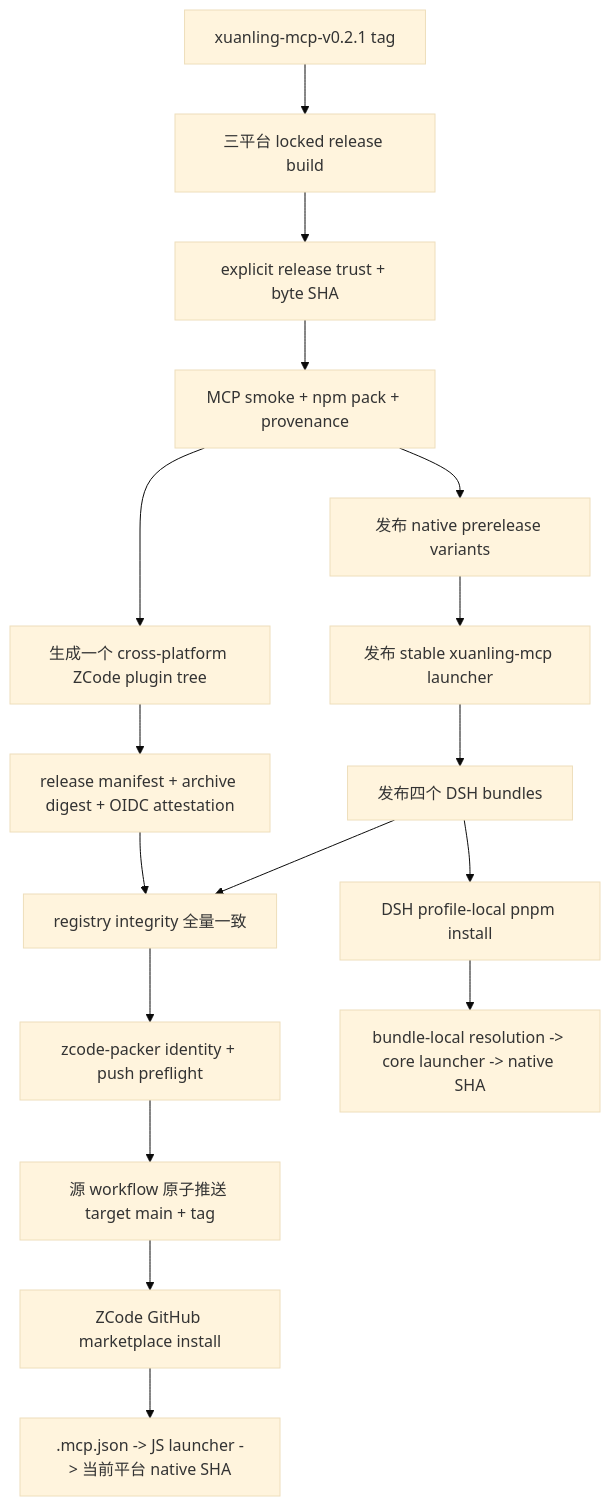
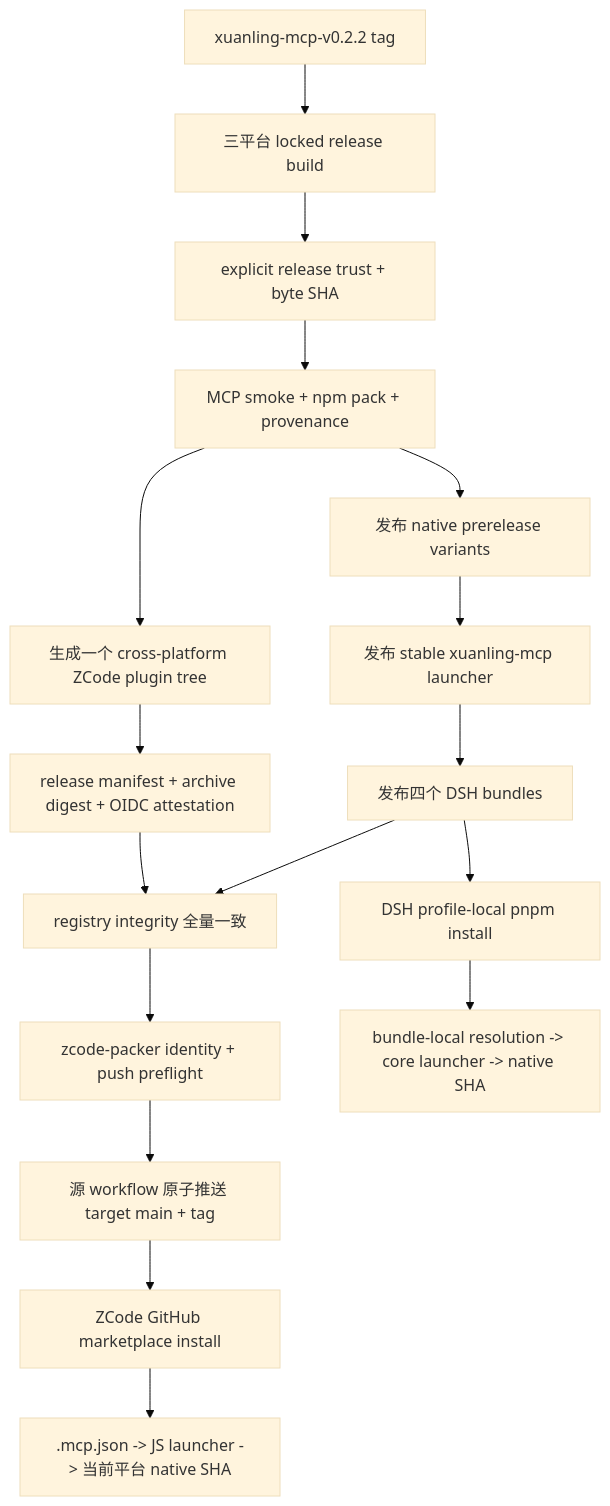
Before and after one commit to umbrella22/xuanling: the second of 2 diagrams in docs/plans/host-local-integration-distribution-development-plan.md, drawn with Mermaid (base theme). The commit also changed other lines of this file and 34 other files, not shown here.

````diff
--- a/docs/plans/host-local-integration-distribution-development-plan.md
+++ b/docs/plans/host-local-integration-distribution-development-plan.md
@@ -266,22 +268,22 @@
 ```mermaid
 flowchart TD
-    A["xuanling-mcp-v0.2.1 tag"] --> B["三平台 locked release build"]
+    A["xuanling-mcp-v0.2.2 tag"] --> B["三平台 locked release build"]
     B --> C["explicit release trust + byte SHA"]
     C --> D["MCP smoke + npm pack + provenance"]
     D --> E["发布 native prerelease variants"]
     E --> F["发布 stable xuanling-mcp launcher"]
     F --> G["发布四个 DSH bundles"]
 
     D --> H["生成一个 cross-platform ZCode plugin tree"]
     H --> I["release manifest + archive digest + OIDC attestation"]
     G --> J["registry integrity 全量一致"]
     I --> J
     J --> K["zcode-packer identity + push preflight"]
     K --> L["源 workflow 原子推送 target main + tag"]
 
     G --> M["DSH profile-local pnpm install"]
     M --> N["bundle-local resolution -> core launcher -> native SHA"]
 
     L --> O["ZCode GitHub marketplace install"]
     O --> P[".mcp.json -> JS launcher -> 当前平台 native SHA"]
 ```
````
